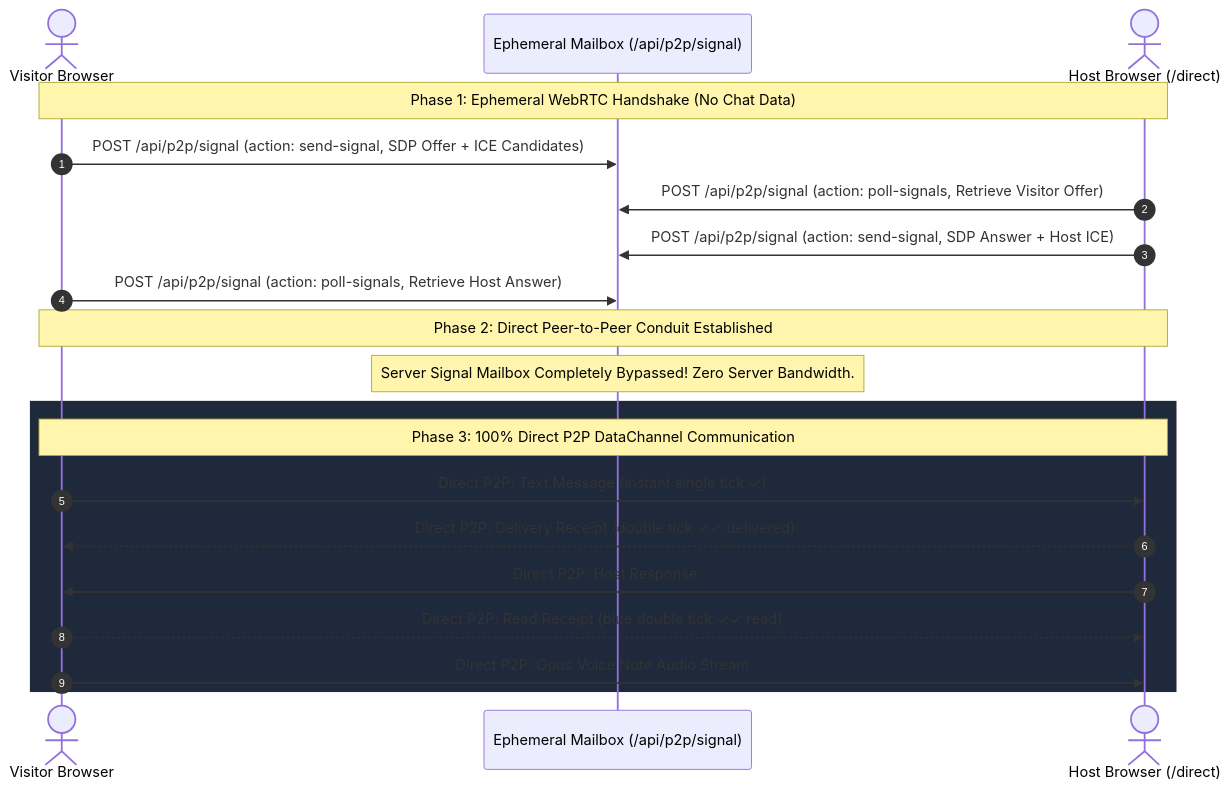
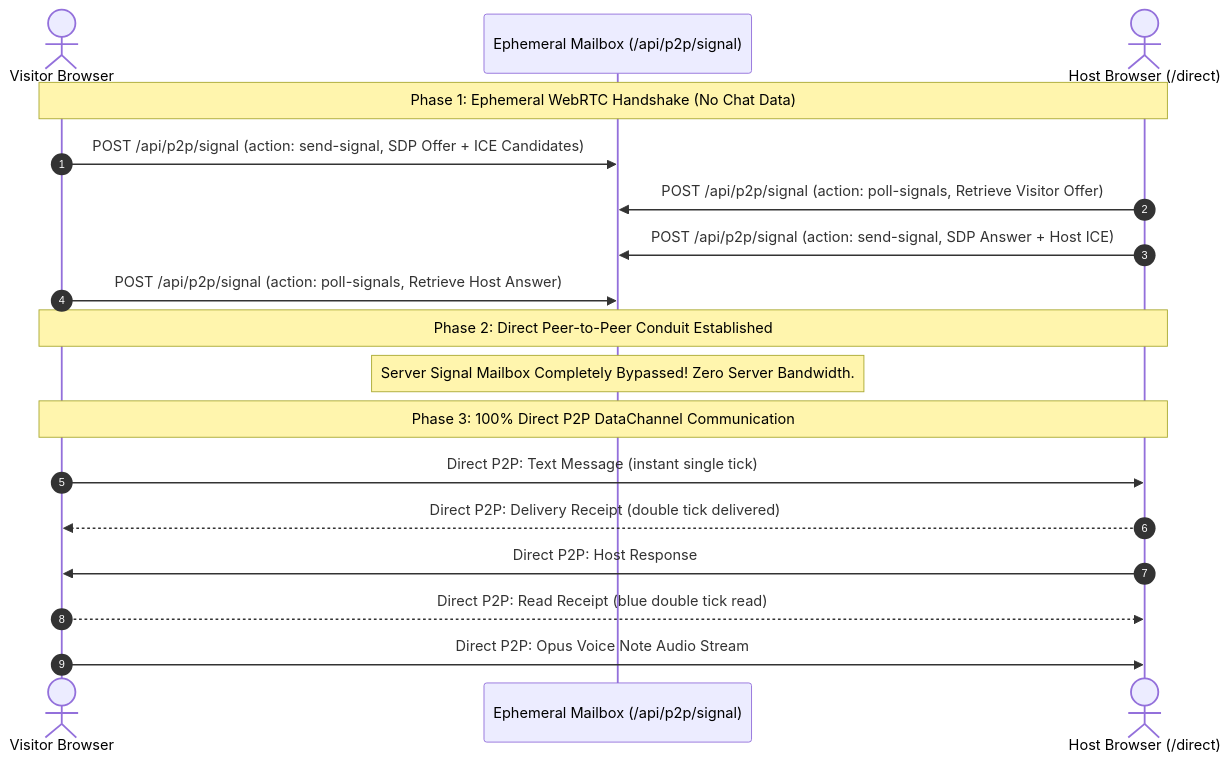
The second of 2 diagrams in portfolio-os/README.md (nomi181472/portfolio-os), drawn with Mermaid before and after one commit. The commit also changed other lines of this file and 1 other file, not shown here.

Commit message:
fix(docs): resolve Mermaid syntax error on GitHub by using standard <--> link syntax

````diff
--- a/portfolio-os/README.md
+++ b/portfolio-os/README.md
@@ -193,25 +193,23 @@
 ```mermaid
 sequenceDiagram
     autonumber
     actor V as Visitor Browser
     participant S as Ephemeral Mailbox (/api/p2p/signal)
     actor H as Host Browser (/direct)
 
     Note over V,H: Phase 1: Ephemeral WebRTC Handshake (No Chat Data)
     V->>S: POST /api/p2p/signal (action: send-signal, SDP Offer + ICE Candidates)
     H->>S: POST /api/p2p/signal (action: poll-signals, Retrieve Visitor Offer)
     H->>S: POST /api/p2p/signal (action: send-signal, SDP Answer + Host ICE)
     V->>S: POST /api/p2p/signal (action: poll-signals, Retrieve Host Answer)
 
     Note over V,H: Phase 2: Direct Peer-to-Peer Conduit Established
     Note over S: Server Signal Mailbox Completely Bypassed! Zero Server Bandwidth.
 
-    rect rgb(30, 41, 59)
     Note over V,H: Phase 3: 100% Direct P2P DataChannel Communication
-    V->>H: Direct P2P: Text Message (instant single tick ✓)
-    H-->>V: Direct P2P: Delivery Receipt (double tick ✓✓ delivered)
+    V->>H: Direct P2P: Text Message (instant single tick)
+    H-->>V: Direct P2P: Delivery Receipt (double tick delivered)
     H->>V: Direct P2P: Host Response
-    V-->>H: Direct P2P: Read Receipt (blue double tick ✓✓ read)
+    V-->>H: Direct P2P: Read Receipt (blue double tick read)
     V->>H: Direct P2P: Opus Voice Note Audio Stream
-    end
 ```
````
